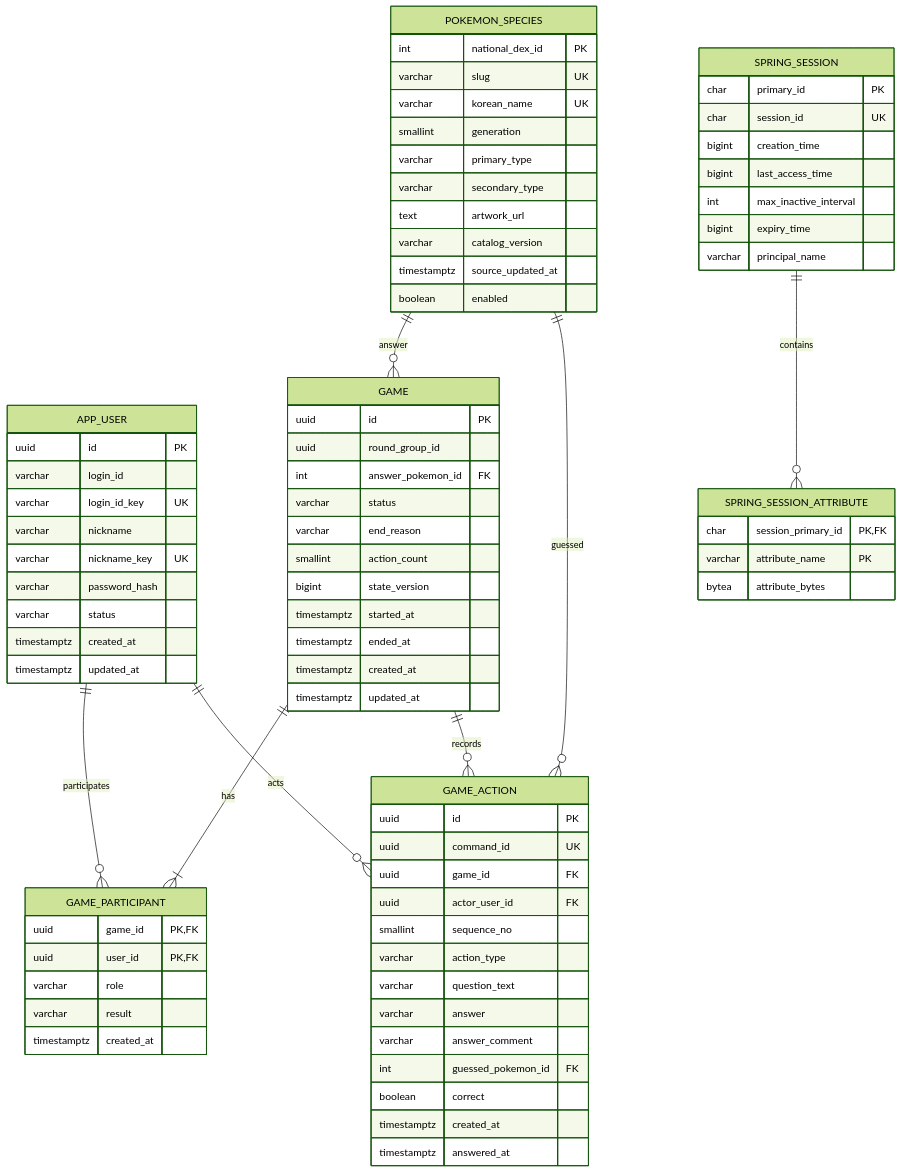
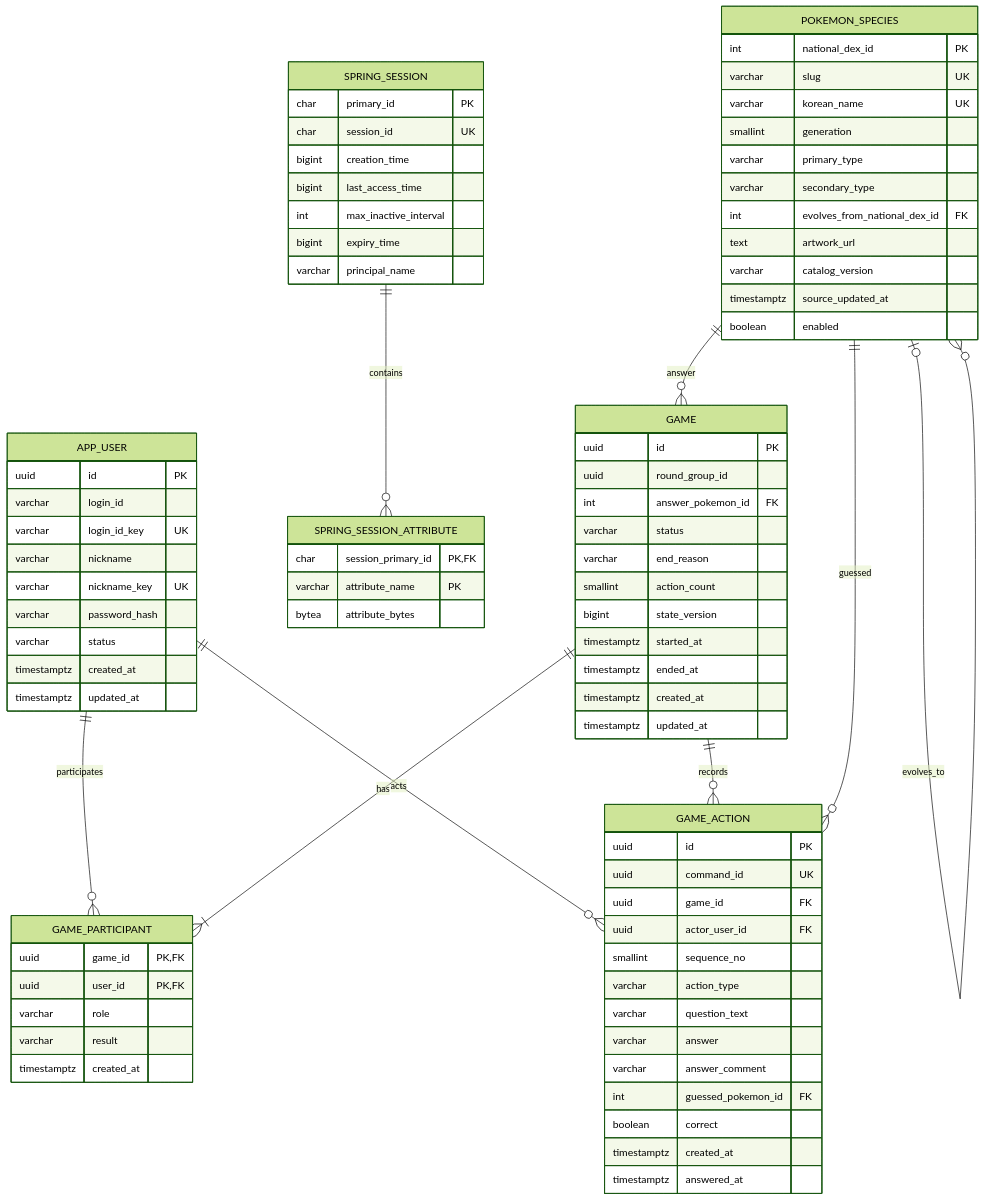
Before and after one commit to xxh3898/guess-pokemon: the diagram in docs/ERD.md, drawn with Mermaid (forest theme). The commit also changed other lines of this file and 21 other files, not shown here.

```diff
--- a/docs/ERD.md
+++ b/docs/ERD.md
@@ -26,6 +26,7 @@
     APP_USER ||--o{ GAME_ACTION : acts
     POKEMON_SPECIES ||--o{ GAME : answer
     POKEMON_SPECIES ||--o{ GAME_ACTION : guessed
+    POKEMON_SPECIES o|--o{ POKEMON_SPECIES : evolves_to
     SPRING_SESSION ||--o{ SPRING_SESSION_ATTRIBUTE : contains
 
     APP_USER {
@@ -47,6 +48,7 @@
         smallint generation
         varchar primary_type
         varchar secondary_type
+        int evolves_from_national_dex_id FK
         text artwork_url
         varchar catalog_version
         timestamptz source_updated_at
```
